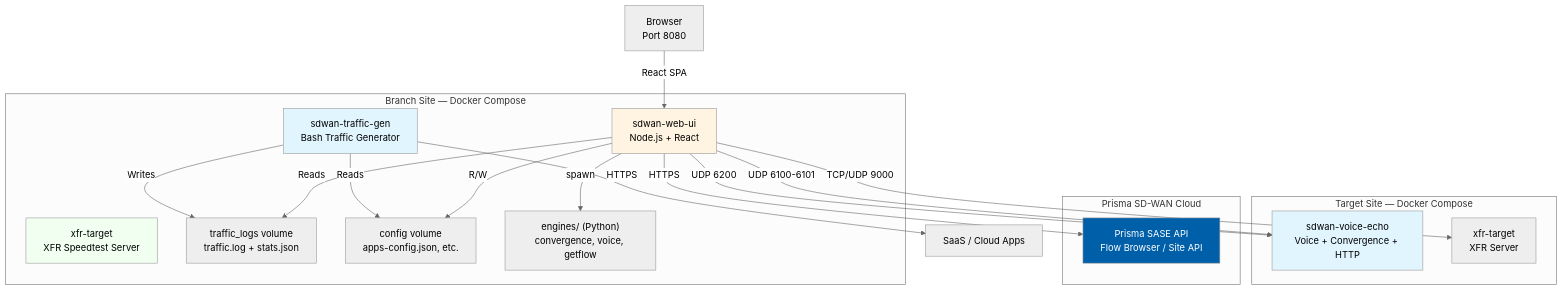
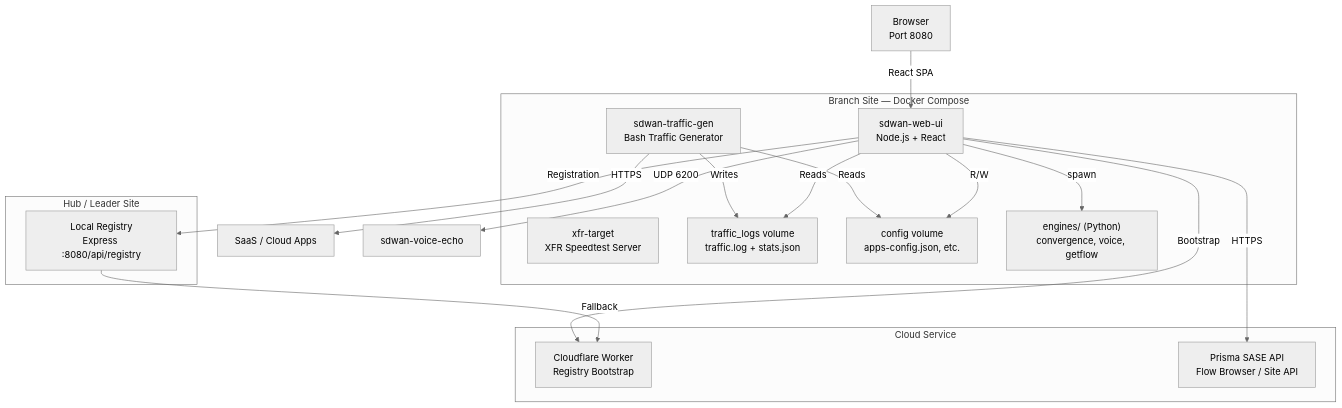
Before and after one commit to jsuzanne/stigix: the first of 3 diagrams in SPECIFICATION.md, drawn with Mermaid (neutral theme). The commit also changed other lines of this file and 4 other files, not shown here.

````diff
--- a/SPECIFICATION.md
+++ b/SPECIFICATION.md
@@ -41,36 +42,31 @@
 ```mermaid
 graph TB
     subgraph "Branch Site — Docker Compose"
         TG["sdwan-traffic-gen\nBash Traffic Generator"]
         WEB["sdwan-web-ui\nNode.js + React"]
         XFR["xfr-target\nXFR Speedtest Server"]
 
         TG -->|Writes| LOGS["traffic_logs volume\ntraffic.log + stats.json"]
         TG -->|Reads| CONF["config volume\napps-config.json, etc."]
         WEB -->|Reads| LOGS
         WEB -->|R/W| CONF
         WEB -->|spawn| ENG["engines/ (Python)\nconvergence, voice, getflow"]
     end
 
-    subgraph "Target Site — Docker Compose"
-        ECHO["sdwan-voice-echo\nVoice + Convergence + HTTP"]
-        XFRT["xfr-target\nXFR Server"]
+    subgraph "Hub / Leader Site"
+        REG["Local Registry\nExpress :8080/api/registry"]
     end
 
-    subgraph "Prisma SD-WAN Cloud"
+    subgraph "Cloud Service"
+        CF["Cloudflare Worker\nRegistry Bootstrap"]
         PSASE["Prisma SASE API\nFlow Browser / Site API"]
     end
 
     USER["Browser\nPort 8080"] -->|React SPA| WEB
+    WEB -->|Bootstrap| CF
+    WEB -->|Registration| REG
+    REG -->|Fallback| CF
     TG -->|HTTPS| INTERNET["SaaS / Cloud Apps"]
-    WEB -->|UDP 6200| ECHO
-    WEB -->|UDP 6100-6101| ECHO
-    WEB -->|TCP/UDP 9000| XFRT
+    WEB -->|UDP 6200| ECHO["sdwan-voice-echo"]
     WEB -->|HTTPS| PSASE
-
-    style TG fill:#e1f5ff
-    style WEB fill:#fff4e1
-    style XFR fill:#f0fff0
-    style ECHO fill:#e1f5ff
-    style PSASE fill:#005FA9,color:#fff
 ```
````
